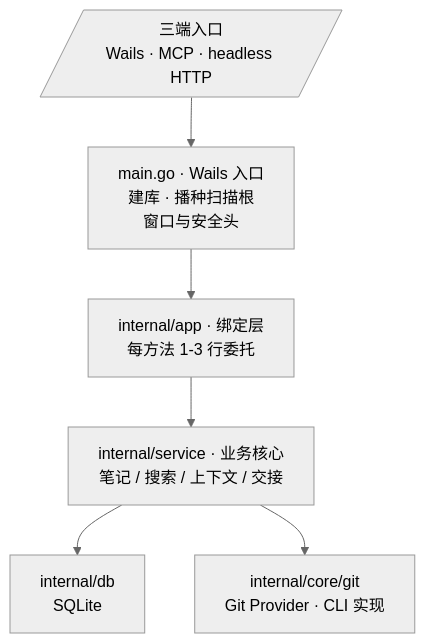
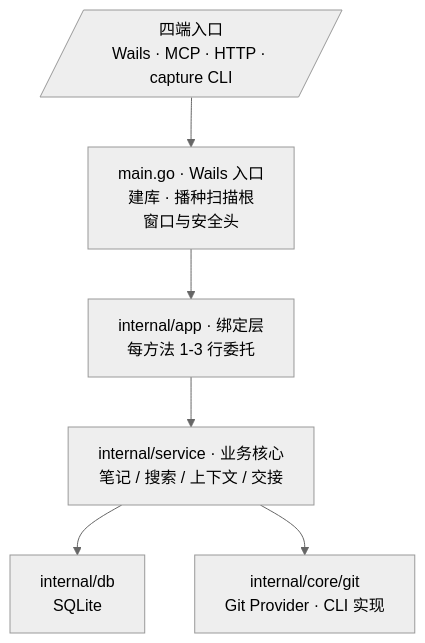
One commit to sky-jiangcheng/cinder changed the first of 5 diagrams in docs/architecture.md. Above: the diagram before and after it, drawn with Mermaid (neutral theme). The commit also changed other lines of this file and 1 other file, not shown here.

First line of the commit message:
docs(architecture): 同步四端入口与支撑包清单（中英）

````diff
--- a/docs/architecture.md
+++ b/docs/architecture.md
@@ -16,12 +16,12 @@
 ```mermaid
 flowchart TB
-    ENTRY[/"三端入口<br/>Wails · MCP · headless HTTP"/]
+    ENTRY[/"四端入口<br/>Wails · MCP · HTTP · capture CLI"/]
     MAIN["main.go · Wails 入口<br/>建库 · 播种扫描根<br/>窗口与安全头"]
     APP["internal/app · 绑定层<br/>每方法 1-3 行委托"]
     SVC["internal/service · 业务核心<br/>笔记 / 搜索 / 上下文 / 交接"]
     DB["internal/db<br/>SQLite"]
     GIT["internal/core/git<br/>Git Provider · CLI 实现"]
     ENTRY --> MAIN --> APP --> SVC
     SVC --> DB
     SVC --> GIT
 ```
````
